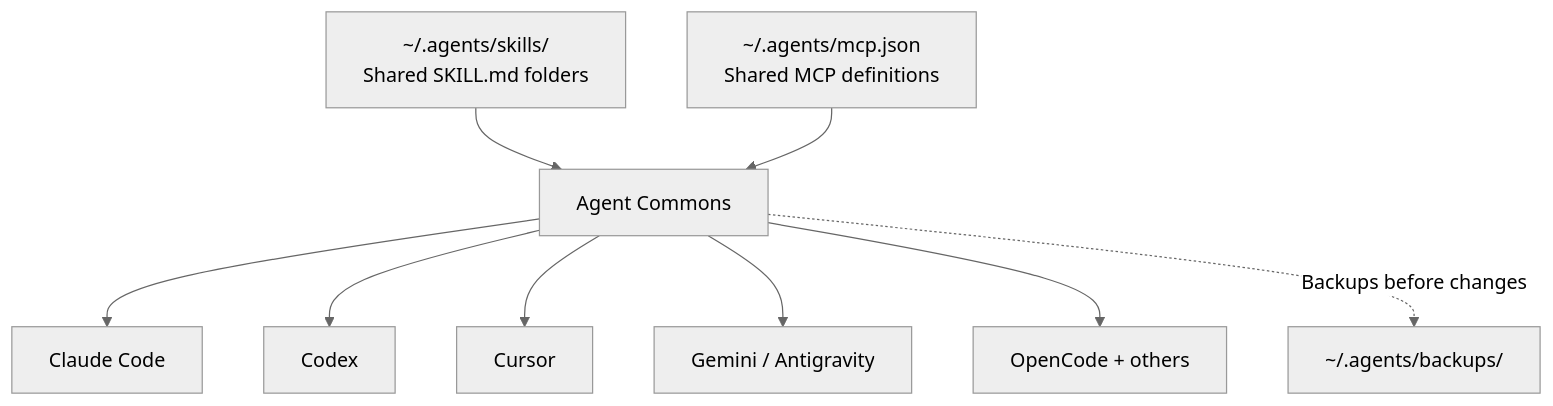
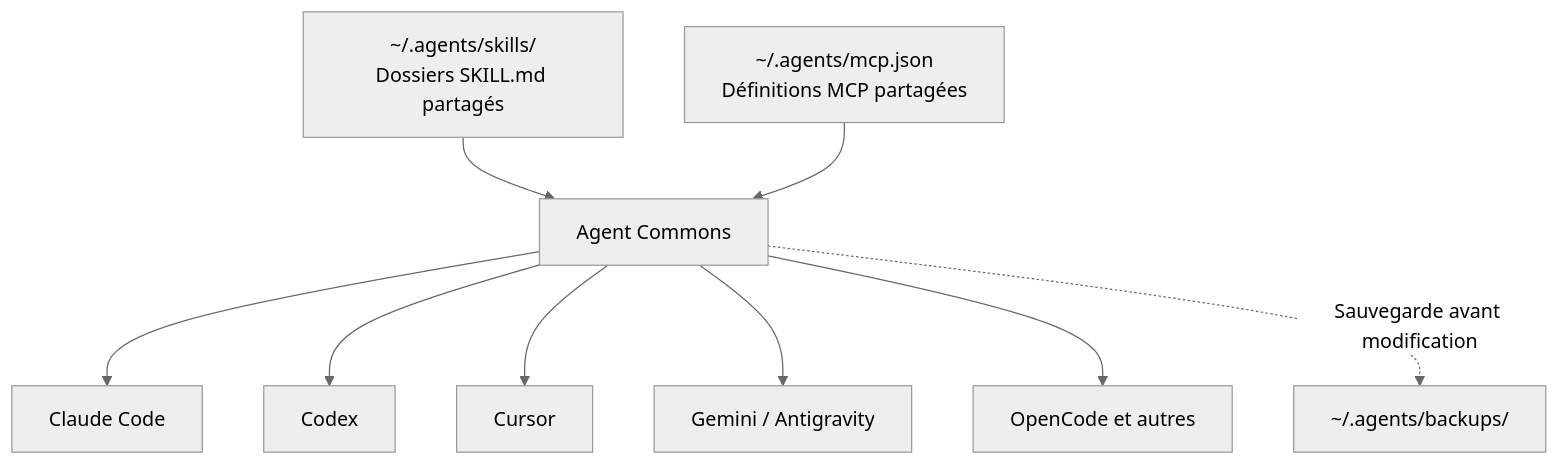
Before and after one commit to neosoda/agent-commons: the diagram in README.md, drawn with Mermaid (neutral theme). The commit also changed other lines of this file, not shown here.

````diff
--- a/README.md
+++ b/README.md
@@ -139,11 +135,11 @@
-~~~mermaid
+```mermaid
 flowchart TB
-    A["~/.agents/skills/<br/>Shared SKILL.md folders"] --> C["Agent Commons"]
-    B["~/.agents/mcp.json<br/>Shared MCP definitions"] --> C
+    A["~/.agents/skills/<br/>Dossiers SKILL.md partagés"] --> C["Agent Commons"]
+    B["~/.agents/mcp.json<br/>Définitions MCP partagées"] --> C
     C --> D["Claude Code"]
     C --> E["Codex"]
     C --> F["Cursor"]
     C --> G["Gemini / Antigravity"]
-    C --> H["OpenCode + others"]
-    C -. "Backups before changes" .-> I["~/.agents/backups/"]
-~~~
+    C --> H["OpenCode et autres"]
+    C -. "Sauvegarde avant modification" .-> I["~/.agents/backups/"]
+```
````
